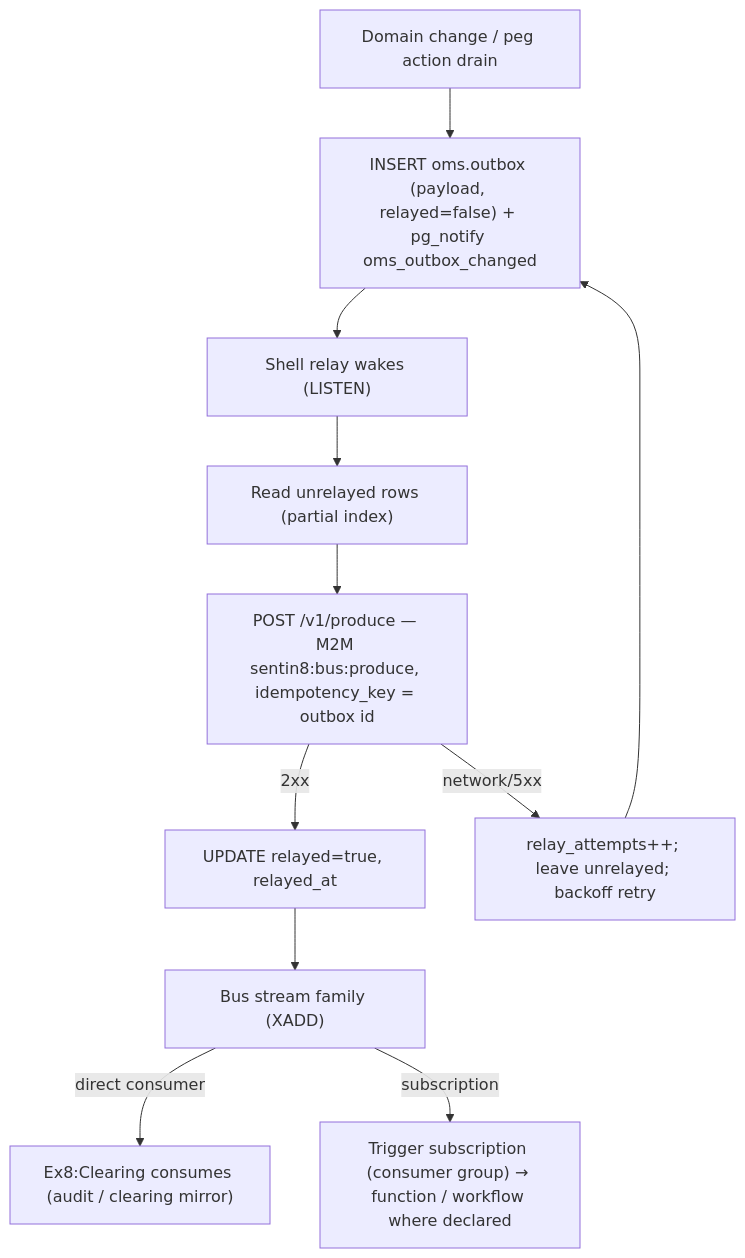
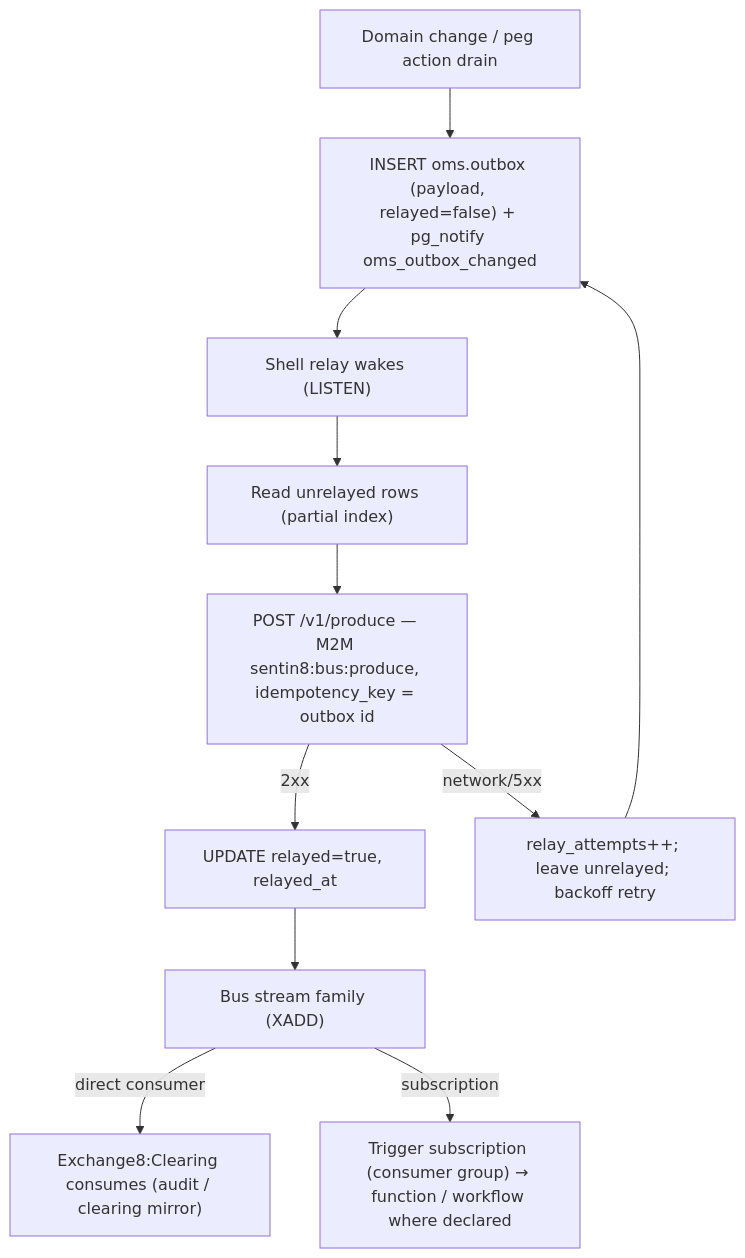
Before and after one commit to Exchange8-dev/exchange8-oms: diagram 12 of 16 in DESIGN.md, drawn with Mermaid. The commit also changed other lines of this file and 13 other files, not shown here.

````diff
--- a/DESIGN.md
+++ b/DESIGN.md
@@ -532,13 +532,13 @@
 ```mermaid
 flowchart TD
     A["Domain change / peg action drain"] --> B["INSERT oms.outbox (payload, relayed=false) + pg_notify oms_outbox_changed"]
     B --> C["Shell relay wakes (LISTEN)"]
     C --> D["Read unrelayed rows (partial index)"]
     D --> E["POST /v1/produce — M2M sentin8:bus:produce, idempotency_key = outbox id"]
     E -->|2xx| F["UPDATE relayed=true, relayed_at"]
     E -->|network/5xx| G["relay_attempts++; leave unrelayed; backoff retry"]
     G --> B
     F --> H["Bus stream family (XADD)"]
-    H -->|direct consumer| I1["Ex8:Clearing consumes (audit / clearing mirror)"]
+    H -->|direct consumer| I1["Exchange8:Clearing consumes (audit / clearing mirror)"]
     H -->|subscription| I3["Trigger subscription (consumer group) → function / workflow where declared"]
 ```
````
